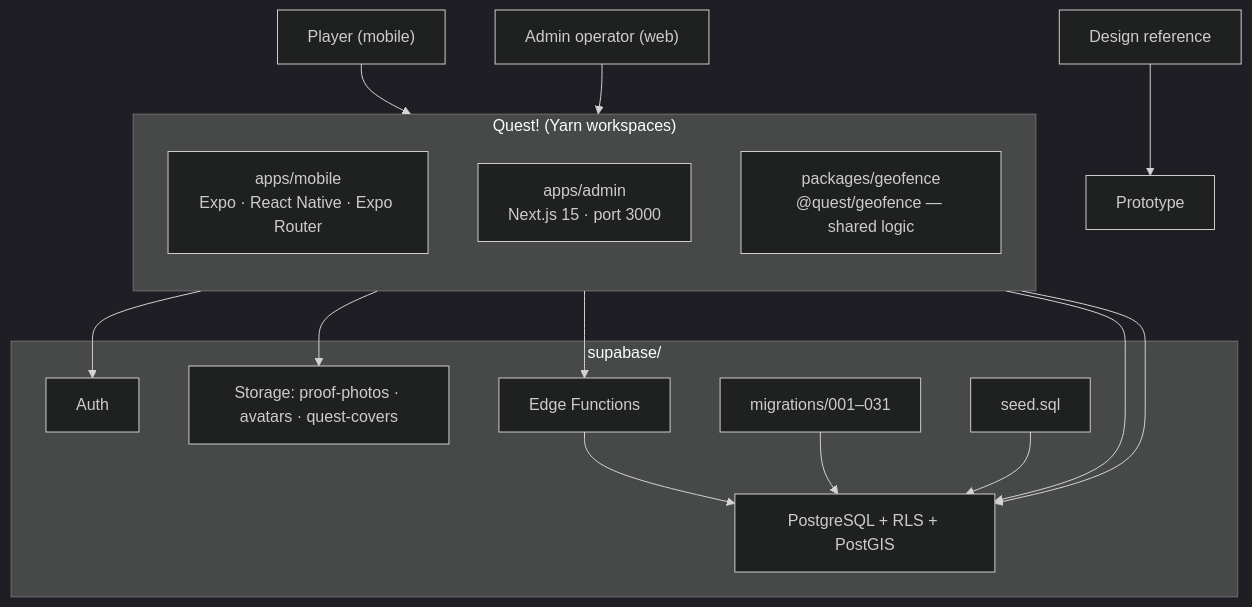
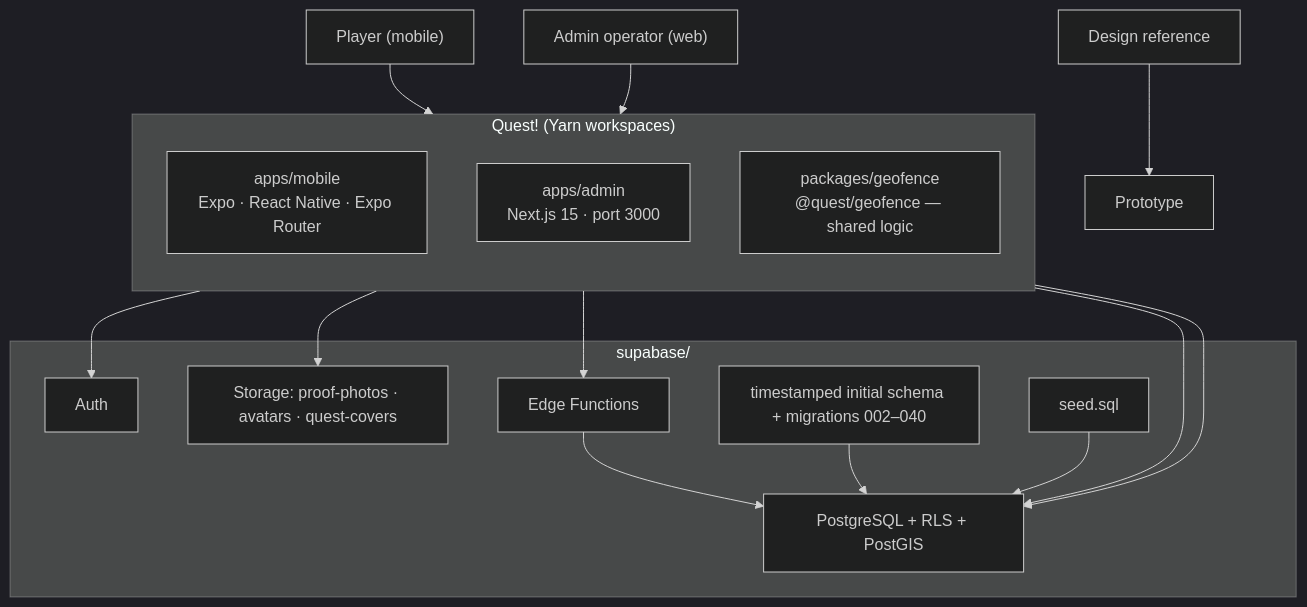
The first of 6 diagrams in ARCHITECTURE.md (Rahilyw/Quest), drawn with Mermaid (dark theme) before and after one commit. The commit also changed other lines of this file and 21 other files, not shown here.

````diff
--- a/ARCHITECTURE.md
+++ b/ARCHITECTURE.md
@@ -7,32 +7,32 @@
 ```mermaid
 flowchart TB
     subgraph Monorepo["Quest! (Yarn workspaces)"]
         direction TB
         Mobile["apps/mobile<br/>Expo · React Native · Expo Router"]
         Admin["apps/admin<br/>Next.js 15 · port 3000"]
         Geofence["packages/geofence<br/>@quest/geofence — shared logic"]
     end
 
     subgraph Supabase["supabase/"]
         Auth["Auth"]
         DB["PostgreSQL + RLS + PostGIS"]
         Storage["Storage: proof-photos · avatars · quest-covers"]
         Edge["Edge Functions"]
-        Migrations["migrations/001–031"]
+        Migrations["timestamped initial schema + migrations 002–040"]
         Seed["seed.sql"]
     end
 
     Player["Player (mobile)"] --> Mobile
     Operator["Admin operator (web)"] --> Admin
     Designer["Design reference"] --> Prototype
 
     Mobile --> Auth
     Mobile --> DB
     Mobile --> Storage
     Admin --> DB
     Admin --> Edge
 
     Edge --> DB
     Migrations --> DB
     Seed --> DB
 ```
````
